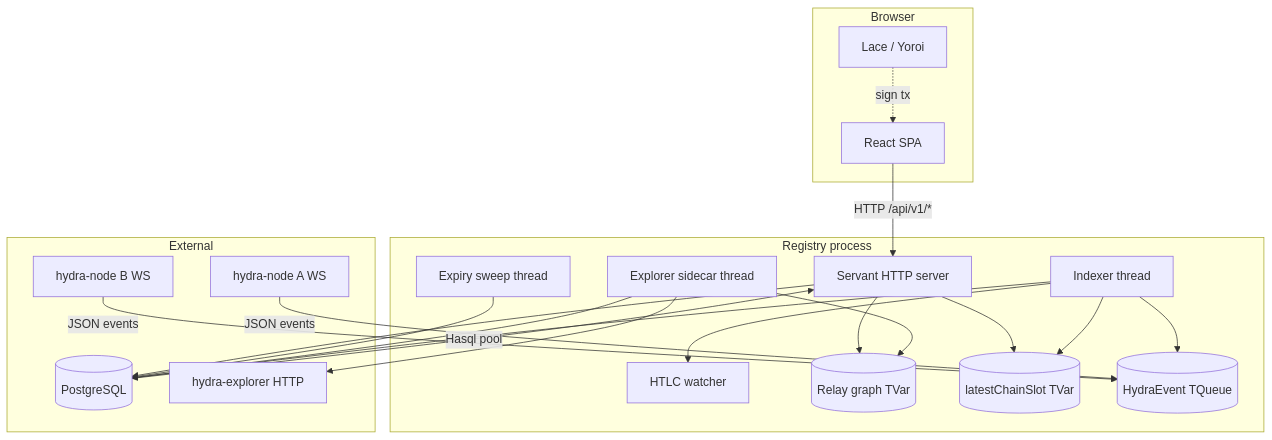
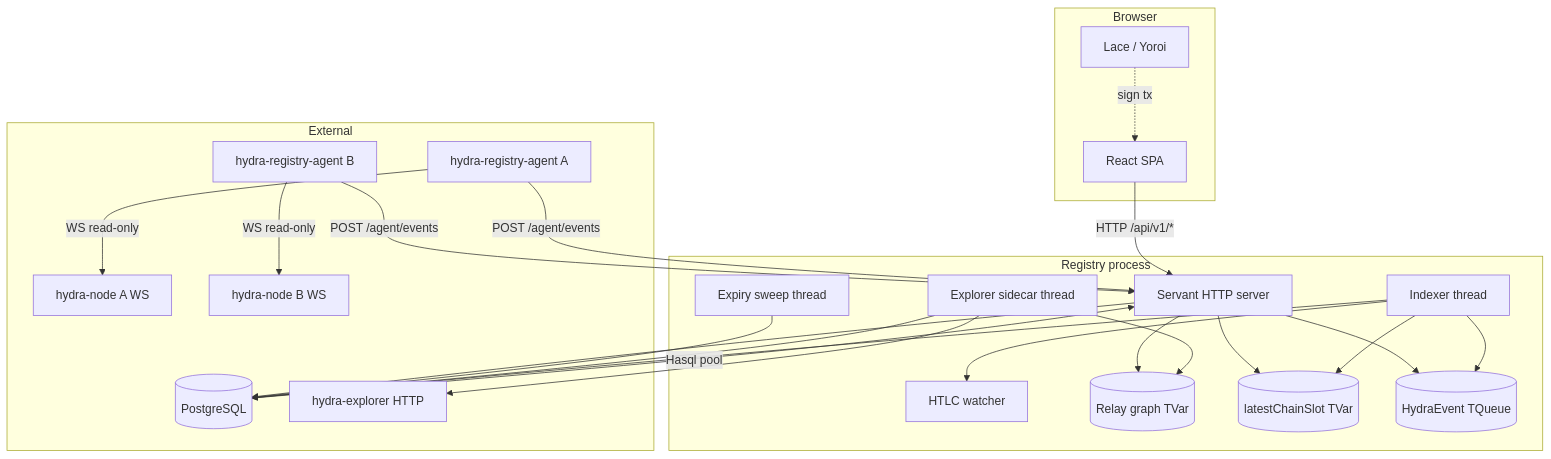
Before and after one commit to v0d1ch/hydra.registry: the first of 6 diagrams in ARCHITECTURE.md, drawn with Mermaid. The commit also changed 34 other files, not shown here.

````diff
--- a/ARCHITECTURE.md
+++ b/ARCHITECTURE.md
@@ -27,42 +27,47 @@
 ```mermaid
 graph TB
   subgraph "Browser"
     UI[React SPA]
     WALLET[Lace / Yoroi]
   end
 
   subgraph "Registry process"
     API[Servant HTTP server]
     INDEXER[Indexer thread]
     SIDECAR[Explorer sidecar thread]
     SWEEP[Expiry sweep thread]
     HTLC[HTLC watcher]
     GRAPH[(Relay graph TVar)]
     SLOT[(latestChainSlot TVar)]
     QUEUE[(HydraEvent TQueue)]
   end
 
   subgraph "External"
     PG[(PostgreSQL)]
+    AGENT1[hydra-registry-agent A]
+    AGENT2[hydra-registry-agent B]
     NODE1[hydra-node A WS]
     NODE2[hydra-node B WS]
     EXPLORER[hydra-explorer HTTP]
   end
 
   UI -->|HTTP /api/v1/*| API
   WALLET -.->|sign tx| UI
   API <-->|Hasql pool| PG
   INDEXER --> QUEUE
-  NODE1 -->|JSON events| QUEUE
-  NODE2 -->|JSON events| QUEUE
+  AGENT1 -->|POST /agent/events| API
+  AGENT2 -->|POST /agent/events| API
+  AGENT1 -->|WS read-only| NODE1
+  AGENT2 -->|WS read-only| NODE2
+  API --> QUEUE
   INDEXER --> PG
   INDEXER --> SLOT
   INDEXER --> HTLC
   SIDECAR --> EXPLORER
   SIDECAR --> PG
   SIDECAR --> GRAPH
   SWEEP --> PG
   API --> GRAPH
   API --> SLOT
   API --> PG
 ```
````
